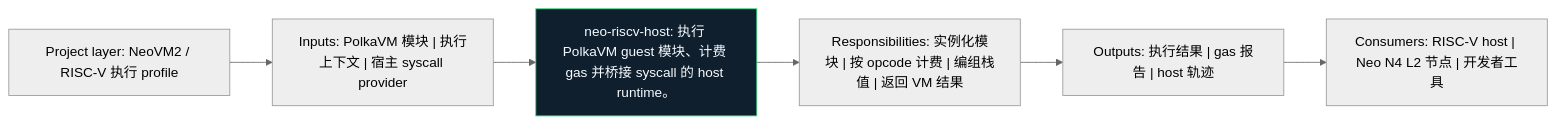
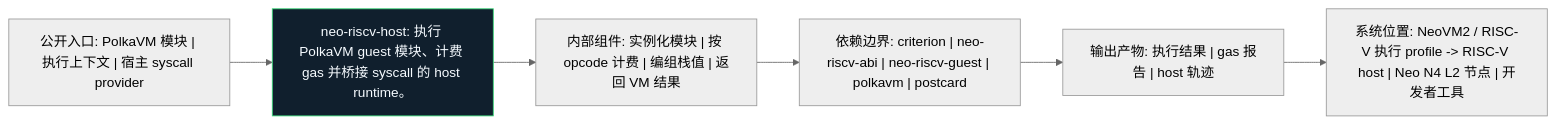
Before and after one commit to r3e-network/neo-riscv-vm: the diagram in crates/neo-riscv-host/docs/figures/architecture.zh.mmd, drawn with Mermaid (neutral theme). The commit also changed 207 other files, not shown here.

```diff
--- a/crates/neo-riscv-host/docs/figures/architecture.zh.mmd
+++ b/crates/neo-riscv-host/docs/figures/architecture.zh.mmd
@@ -1,14 +1,14 @@
 flowchart LR
-    N1["Project layer: NeoVM2 / RISC-V 执行 profile"]
-    N2["Inputs: PolkaVM 模块 | 执行上下文 | 宿主 syscall provider"]
-    N3["neo-riscv-host: 执行 PolkaVM guest 模块、计费 gas 并桥接 syscall 的 host runtime。"]
-    N4["Responsibilities: 实例化模块 | 按 opcode 计费 | 编组栈值 | 返回 VM 结果"]
-    N5["Outputs: 执行结果 | gas 报告 | host 轨迹"]
-    N6["Consumers: RISC-V host | Neo N4 L2 节点 | 开发者工具"]
+    N1["公开入口: PolkaVM 模块 | 执行上下文 | 宿主 syscall provider"]
+    N2["neo-riscv-host: 执行 PolkaVM guest 模块、计费 gas 并桥接 syscall 的 host runtime。"]
+    N3["内部组件: 实例化模块 | 按 opcode 计费 | 编组栈值 | 返回 VM 结果"]
+    N4["依赖边界: criterion | neo-riscv-abi | neo-riscv-guest | polkavm | postcard"]
+    N5["输出产物: 执行结果 | gas 报告 | host 轨迹"]
+    N6["系统位置: NeoVM2 / RISC-V 执行 profile -> RISC-V host | Neo N4 L2 节点 | 开发者工具"]
     N1 --> N2
     N2 --> N3
     N3 --> N4
     N4 --> N5
     N5 --> N6
     classDef crate fill:#101f2d,stroke:#38d978,color:#f6fbff
-    class N3 crate
+    class N2 crate
```
